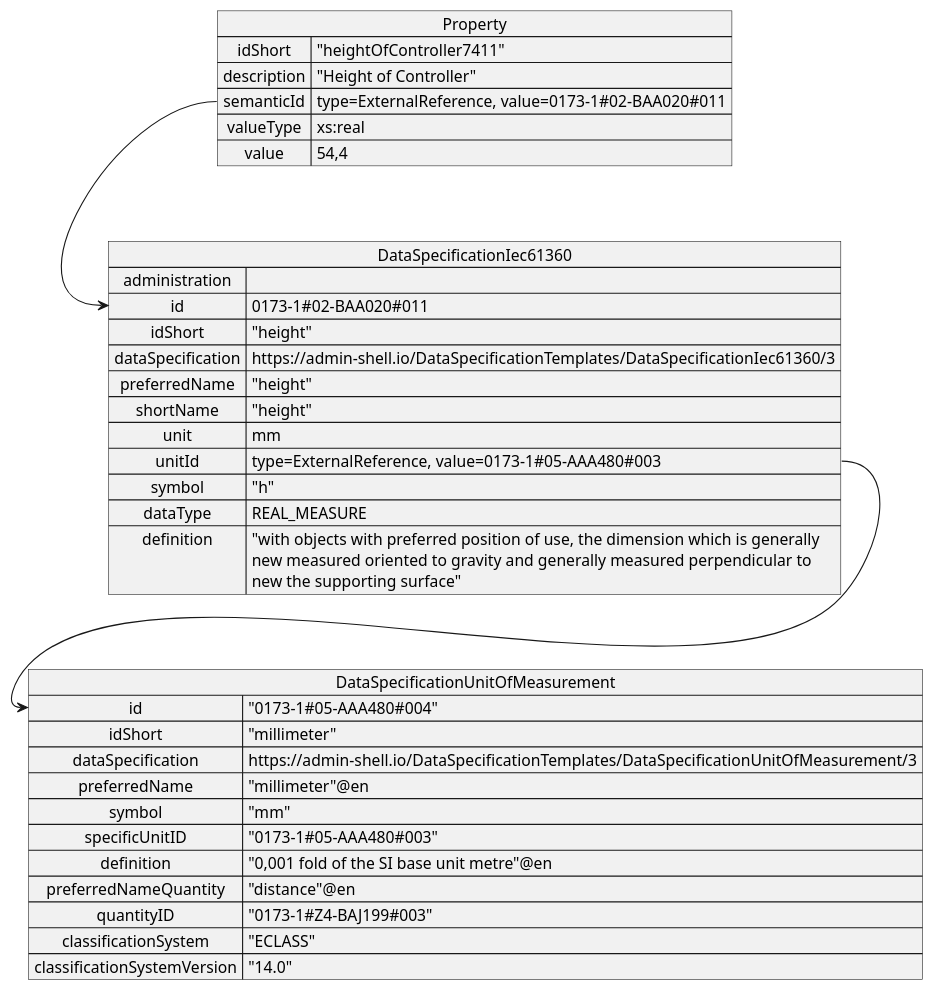
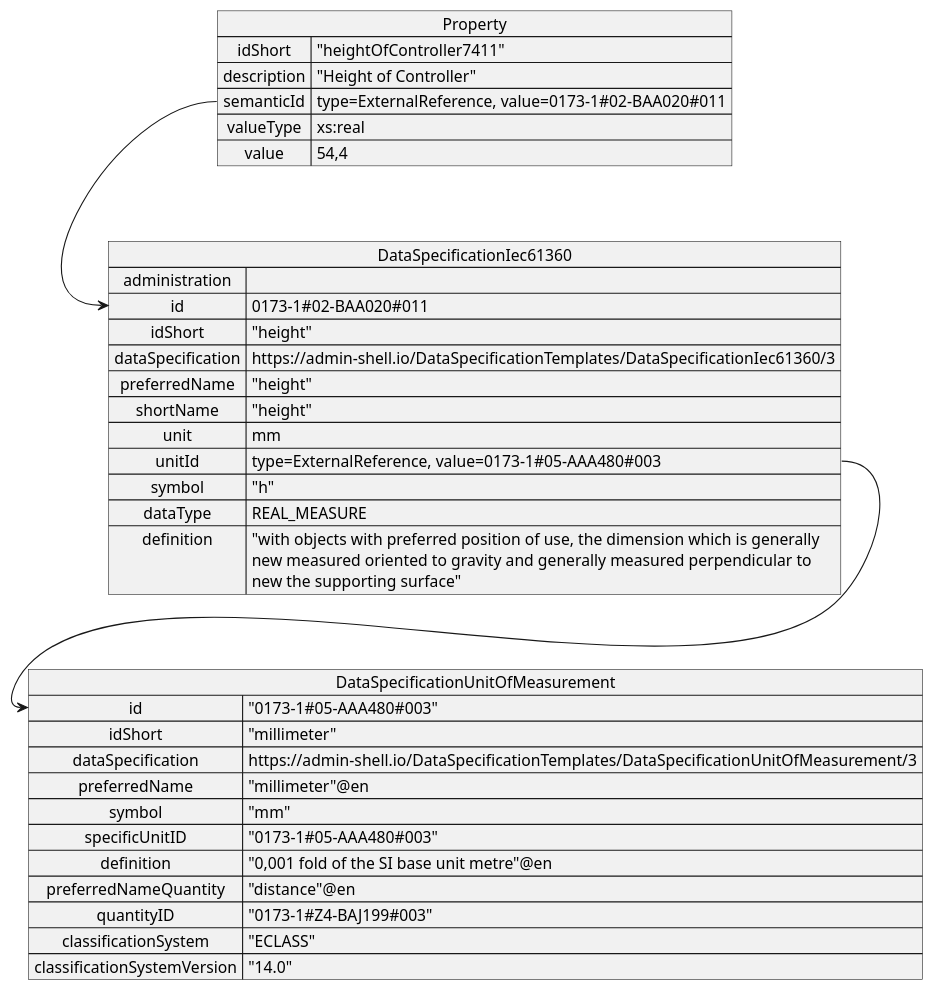
The second of 3 diagrams in documentation/IDTA-01003-b/modules/ROOT/pages/introduction.adoc (admin-shell-io/aas-specs-measurement-units), drawn with PlantUML before and after one commit. The commit also changed other lines of this file and 4 other files, not shown here.

```diff
--- a/documentation/IDTA-01003-b/modules/ROOT/pages/introduction.adoc
+++ b/documentation/IDTA-01003-b/modules/ROOT/pages/introduction.adoc
@@ -157,44 +164,44 @@
 [plantuml, image-ex-dataspecification-UoM, svg]
 ....
 @startuml
 map Property {
     idShort => "heightOfController7411"
     description => "Height of Controller"
     semanticId => type=ExternalReference, value=0173-1#02-BAA020#011
     valueType => xs:real
     value => 54,4
 }
 
 map  DataSpecificationIec61360 {
   administration =>
   id => 0173-1#02-BAA020#011
   idShort => "height"
   dataSpecification => https://admin-shell.io/DataSpecificationTemplates/DataSpecificationIec61360/3
   preferredName  => "height"
   shortName => "height"
   unit => mm
   unitId => type=ExternalReference, value=0173-1#05-AAA480#003
   symbol => "h"
   dataType => REAL_MEASURE
   definition => "with objects with preferred position of use, the dimension which is generally \nnew measured oriented to gravity and generally measured perpendicular to \nnew the supporting surface"
 }
 
 map DataSpecificationUnitOfMeasurement {
-  id => "0173-1#05-AAA480#004"
+  id => "0173-1#05-AAA480#003"
   idShort => "millimeter"
   dataSpecification => https://admin-shell.io/DataSpecificationTemplates/DataSpecificationUnitOfMeasurement/3
   preferredName => "millimeter"@en
   symbol => "mm"
   specificUnitID => "0173-1#05-AAA480#003"
   definition => "0,001 fold of the SI base unit metre"@en
   preferredNameQuantity => "distance"@en
   quantityID => "0173-1#Z4-BAJ199#003"
   classificationSystem => "ECLASS"
   classificationSystemVersion => "14.0"
 }
 
  Property::semanticId --> DataSpecificationIec61360::id
  DataSpecificationIec61360::unitId --> DataSpecificationUnitOfMeasurement::id
 
 @enduml
 ....
```
